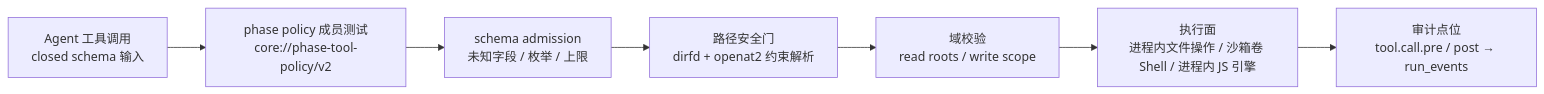
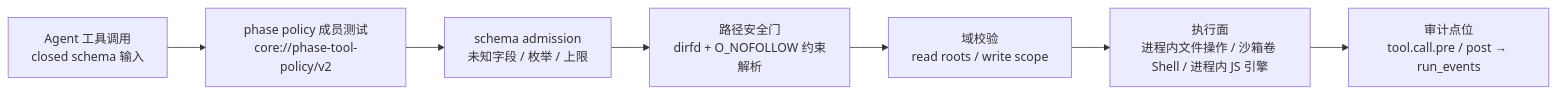
The first of 2 diagrams in my_space/codemigrator_design_doc/architecture_module_design/CodeMigrator_工具系统与Hook.md (LT0X/CodeMigrator), drawn with Mermaid before and after one commit. The commit also changed other lines of this file and 55 other files, not shown here.

````diff
--- a/my_space/codemigrator_design_doc/architecture_module_design/CodeMigrator_工具系统与Hook.md
+++ b/my_space/codemigrator_design_doc/architecture_module_design/CodeMigrator_工具系统与Hook.md
@@ -32,9 +52,9 @@
 ```mermaid
 flowchart LR
     Call["Agent 工具调用\nclosed schema 输入"] --> Policy["phase policy 成员测试\ncore://phase-tool-policy/v2"]
     Policy --> Schema["schema admission\n未知字段 / 枚举 / 上限"]
-    Schema --> Path["路径安全门\ndirfd + openat2 约束解析"]
+    Schema --> Path["路径安全门\ndirfd + O_NOFOLLOW 约束解析"]
     Path --> Scope["域校验\nread roots / write scope"]
     Scope --> Ex["执行面\n进程内文件操作 / 沙箱卷 Shell / 进程内 JS 引擎"]
     Ex --> Audit["审计点位\ntool.call.pre / post → run_events"]
 ```
````
